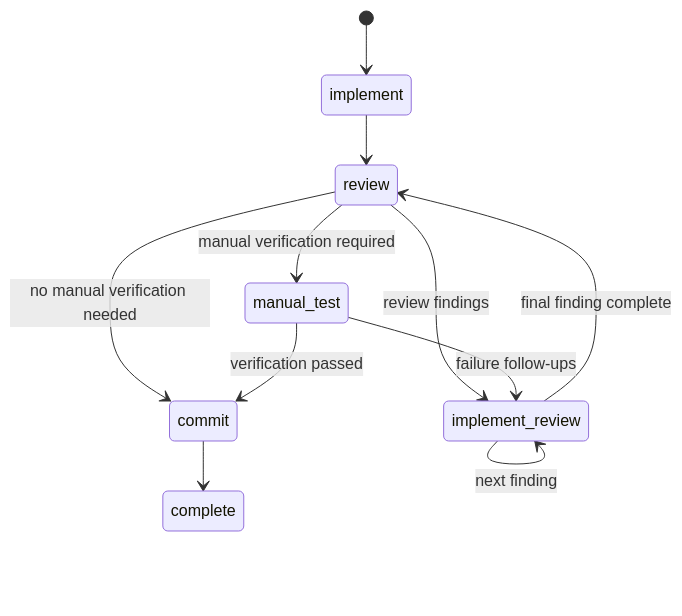
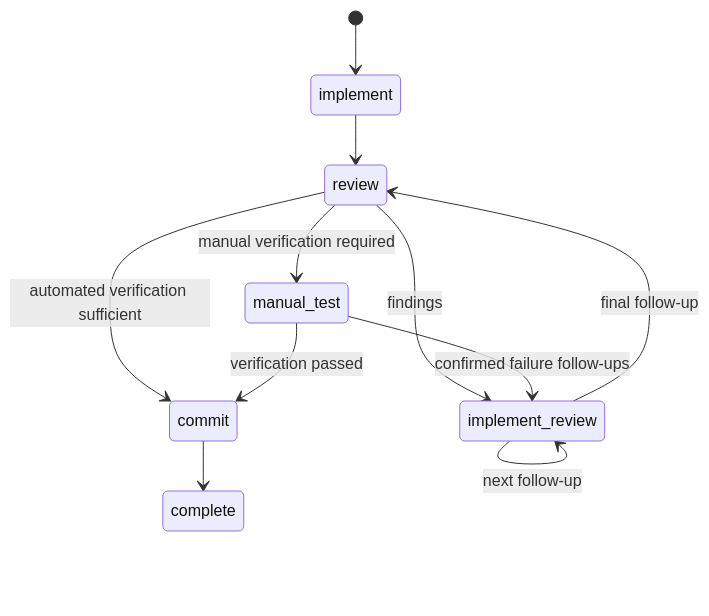
The diagram in fix-workflow.md (cmf/pi-task), drawn with Mermaid before and after one commit. The commit also changed other lines of this file and 13 other files, not shown here.

````diff
--- a/fix-workflow.md
+++ b/fix-workflow.md
@@ -11,17 +32,13 @@
 ```mermaid
 stateDiagram-v2
     [*] --> implement
     implement --> review
-
-    review --> implement_review: review findings
-    implement_review --> implement_review: next finding
-    implement_review --> review: final finding complete
-
-    review --> commit: no manual verification needed
+    review --> implement_review: findings
+    implement_review --> implement_review: next follow-up
+    implement_review --> review: final follow-up
+    review --> commit: automated verification sufficient
     review --> manual_test: manual verification required
-
+    manual_test --> implement_review: confirmed failure follow-ups
     manual_test --> commit: verification passed
-    manual_test --> implement_review: failure follow-ups
-
     commit --> complete
 ```
````
